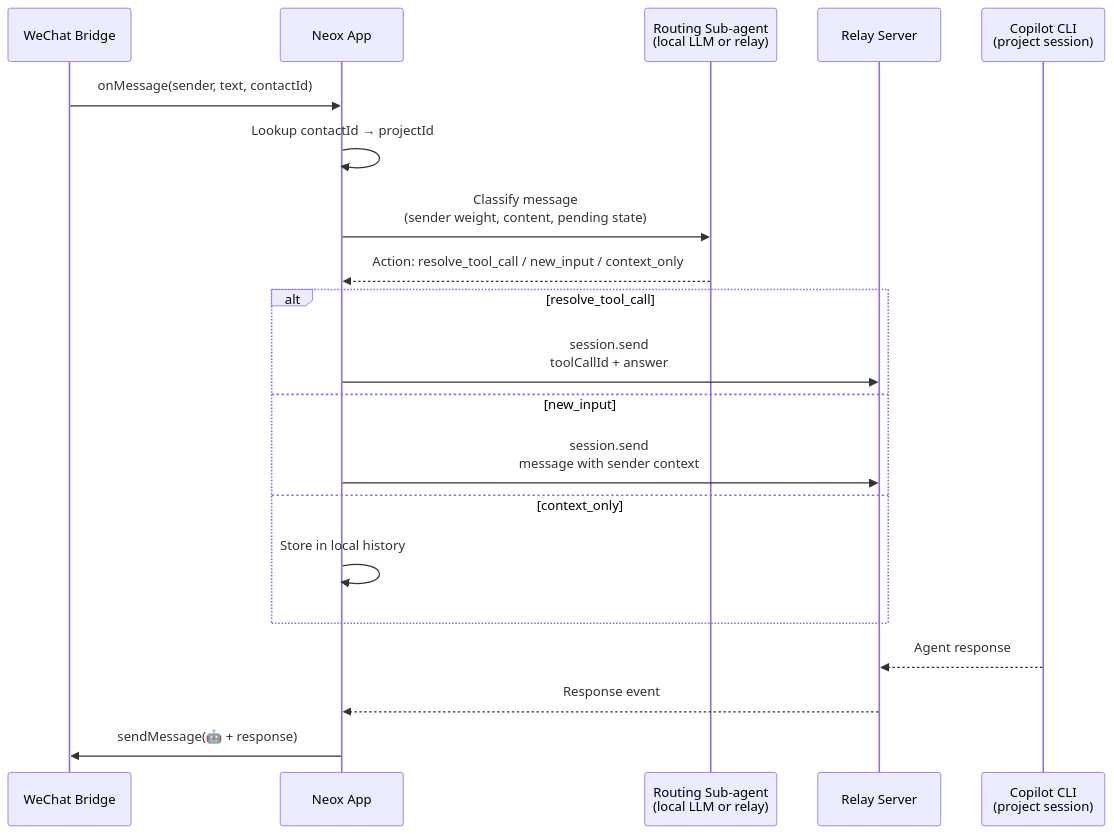
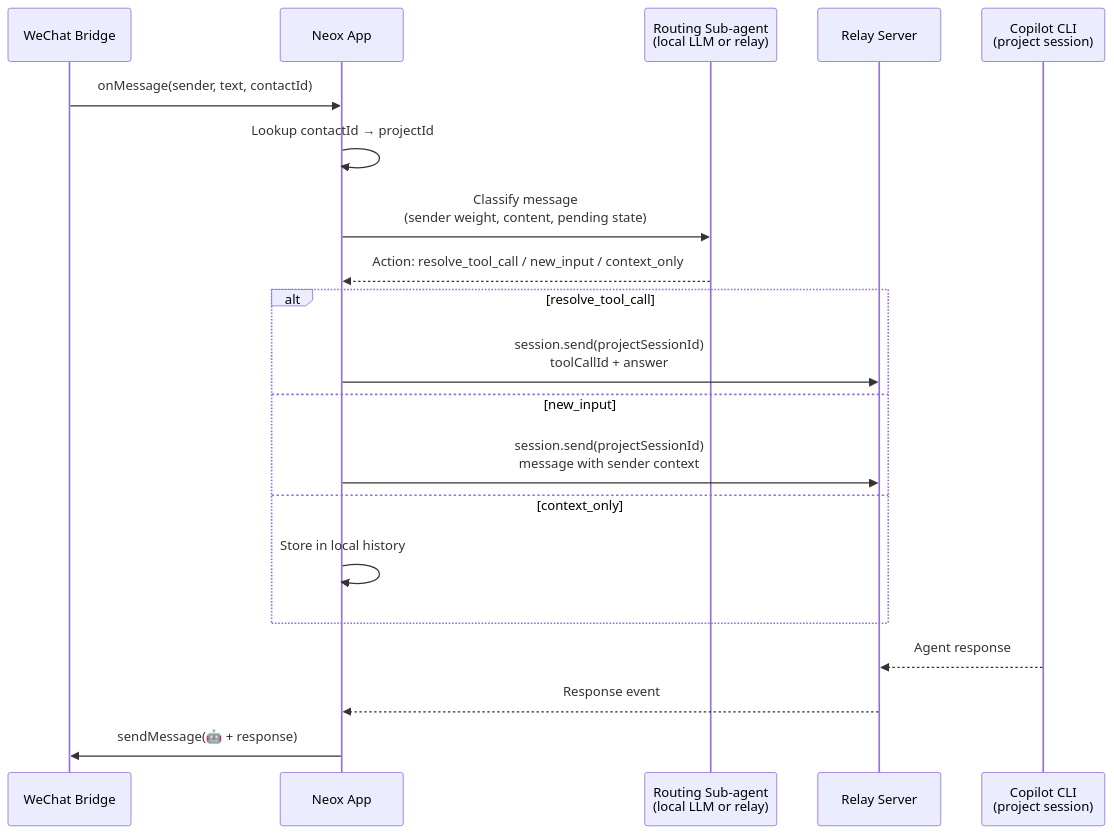
One commit to lalalic/neox changed the ninth of 9 diagrams in docs/2026-04-10-wechat-bidirectional-design.md. Above: the diagram before and after it, drawn with Mermaid. The commit also changed other lines of this file, not shown here.

Commit message:
docs: each wired project gets own session (appId-userId-projectId)

````diff
--- a/docs/2026-04-10-wechat-bidirectional-design.md
+++ b/docs/2026-04-10-wechat-bidirectional-design.md
@@ -447,25 +459,25 @@
 ```mermaid
 sequenceDiagram
     participant WC as WeChat Bridge
     participant NX as Neox App
     participant RS as Routing Sub-agent<br/>(local LLM or relay)
     participant RL as Relay Server
     participant CLI as Copilot CLI<br/>(project session)
 
     WC->>NX: onMessage(sender, text, contactId)
     NX->>NX: Lookup contactId → projectId
     NX->>RS: Classify message<br/>(sender weight, content, pending state)
     RS-->>NX: Action: resolve_tool_call / new_input / context_only
 
     alt resolve_tool_call
-        NX->>RL: session.send<br/>toolCallId + answer
+        NX->>RL: session.send(projectSessionId)<br/>toolCallId + answer
     else new_input
-        NX->>RL: session.send<br/>message with sender context
+        NX->>RL: session.send(projectSessionId)<br/>message with sender context
     else context_only
         NX->>NX: Store in local history
     end
 
     CLI-->>RL: Agent response
     RL-->>NX: Response event
     NX->>WC: sendMessage(🤖 + response)
 ```
````
